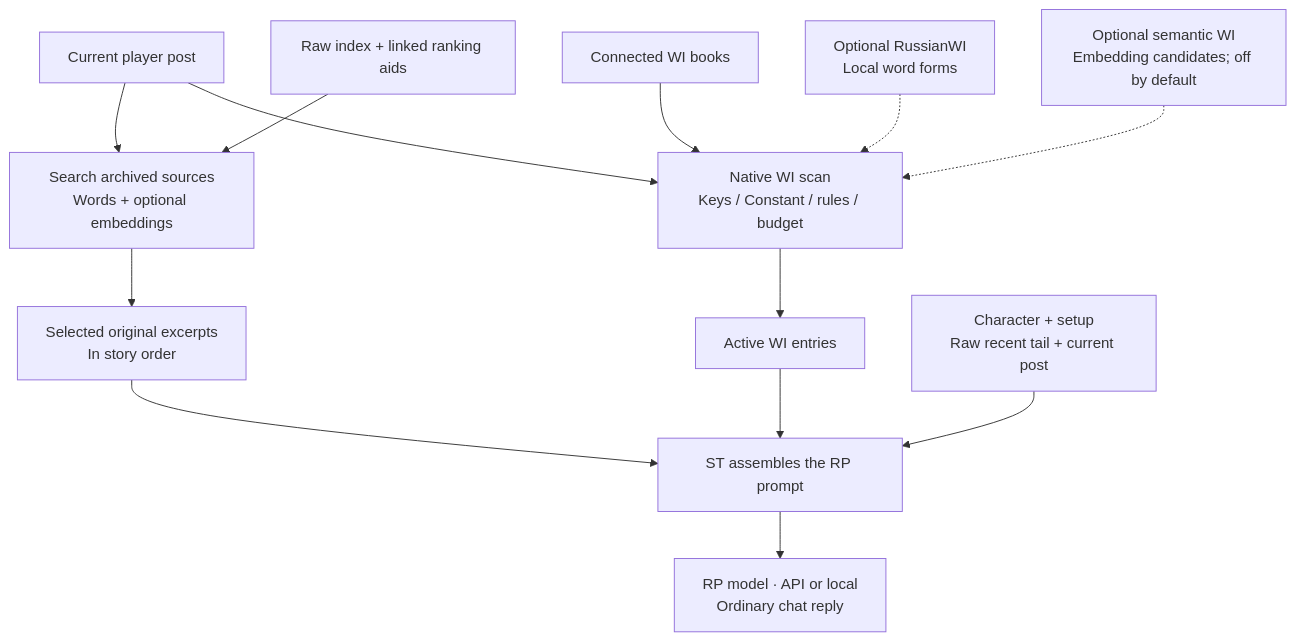
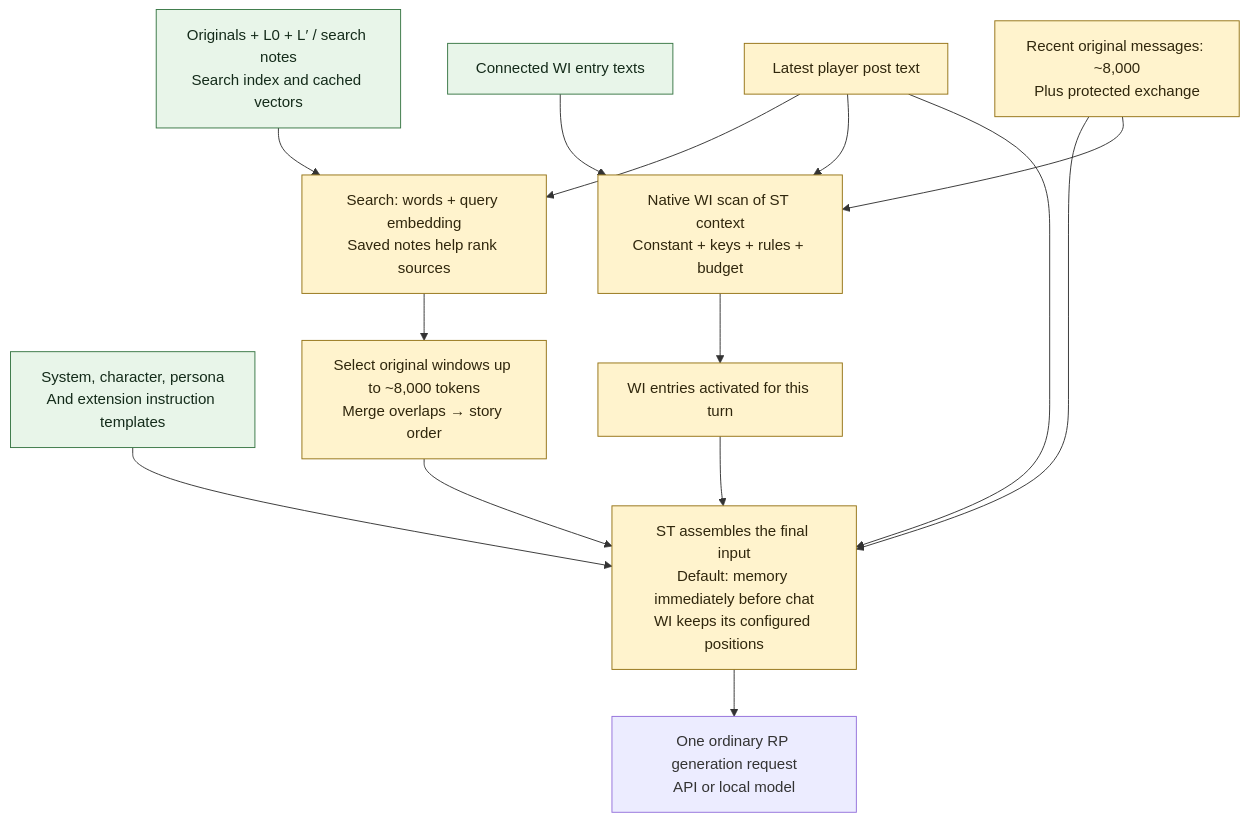
One commit to Ilya626/Extension-WorldMemory changed the second of 2 diagrams in README.md. Above: the diagram before and after it, drawn with Mermaid. The commit also changed other lines of this file and 5 other files, not shown here.

````diff
--- a/README.md
+++ b/README.md
@@ -47,15 +72,26 @@
 ```mermaid
 flowchart TD
-    Q["Current player post"] --> R["Search archived sources<br/>Words + optional embeddings"]
-    I["Raw index + linked ranking aids"] --> R
-    R --> H["Selected original excerpts<br/>In story order"]
-    Q --> S["Native WI scan<br/>Keys / Constant / rules / budget"]
-    W["Connected WI books"] --> S
-    F["Optional RussianWI<br/>Local word forms"] -.-> S
-    V["Optional semantic WI<br/>Embedding candidates; off by default"] -.-> S
-    S --> X["Active WI entries"]
-    H --> G["ST assembles the RP prompt"]
-    X --> G
-    C["Character + setup<br/>Raw recent tail + current post"] --> G
-    G --> M["RP model · API or local<br/>Ordinary chat reply"]
+        C["System, character, persona<br/>And extension instruction templates"]
+        I["Originals + L0 + L′ / search notes<br/>Search index and cached vectors"]
+        W["Connected WI entry texts"]
+        Q["Latest player post text"] --> R["Search: words + query embedding<br/>Saved notes help rank sources"]
+        R --> H["Select original windows up to ~8,000 tokens<br/>Merge overlaps → story order"]
+        T["Recent original messages: ~8,000<br/>Plus protected exchange"]
+        S["Native WI scan of ST context<br/>Constant + keys + rules + budget"]
+        S --> X["WI entries activated for this turn"]
+        G["ST assembles the final input<br/>Default: memory immediately before chat<br/>WI keeps its configured positions"]
+        H --> G
+        T --> G
+        X --> G
+    I --> R
+    W --> S
+    Q --> S
+    T --> S
+    Q --> G
+    C --> G
+    G --> M["One ordinary RP generation request<br/>API or local model"]
+    classDef saved fill:#e8f5e9,stroke:#387644,color:#142b1a;
+    classDef rebuilt fill:#fff3cd,stroke:#947214,color:#30270d;
+    class C,I,W saved;
+    class Q,R,H,T,S,X,G rebuilt;
 ```
````
